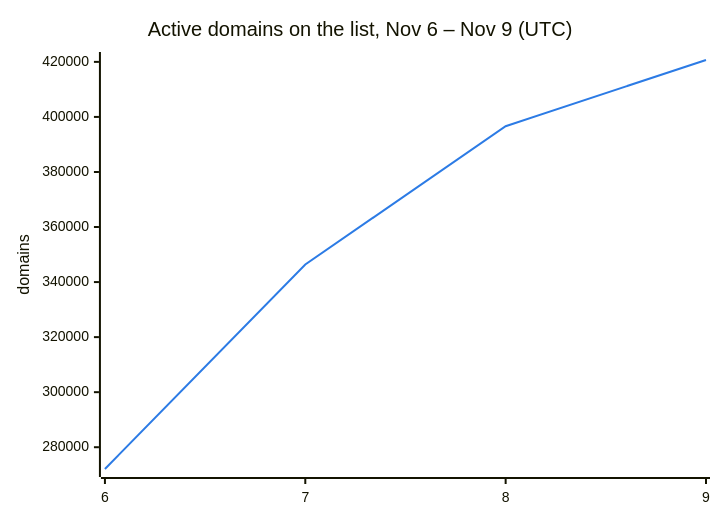
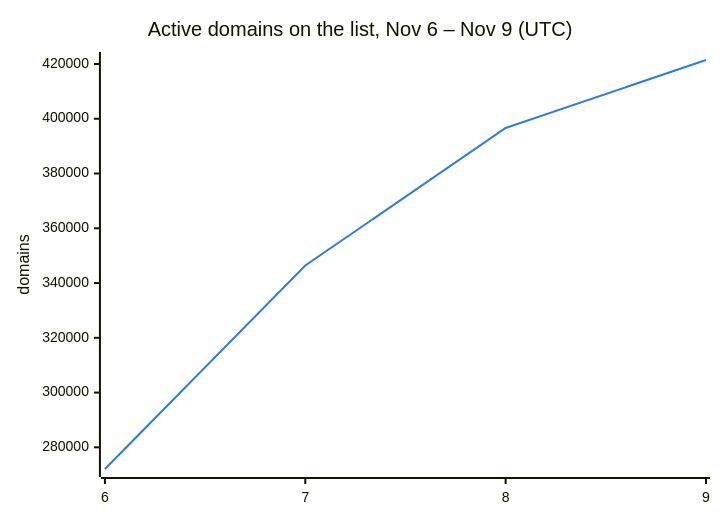
Before and after one commit to DNSBunker/CTI: the second of 3 diagrams in README.md, drawn with Mermaid. The commit also changed other lines of this file and 3 other files, not shown here.

````diff
--- a/README.md
+++ b/README.md
@@ -38,8 +38,8 @@
 ```mermaid
 %%{init: {"themeVariables": {"xyChart": {"plotColorPalette": "#2c7be5"}}}}%%
 xychart-beta
     title "Active domains on the list, Nov 6 – Nov 9 (UTC)"
     x-axis ["6", "7", "8", "9"]
     y-axis "domains"
-    line [272088, 346388, 396638, 420681]
+    line [272088, 346388, 396638, 421455]
 ```
````
